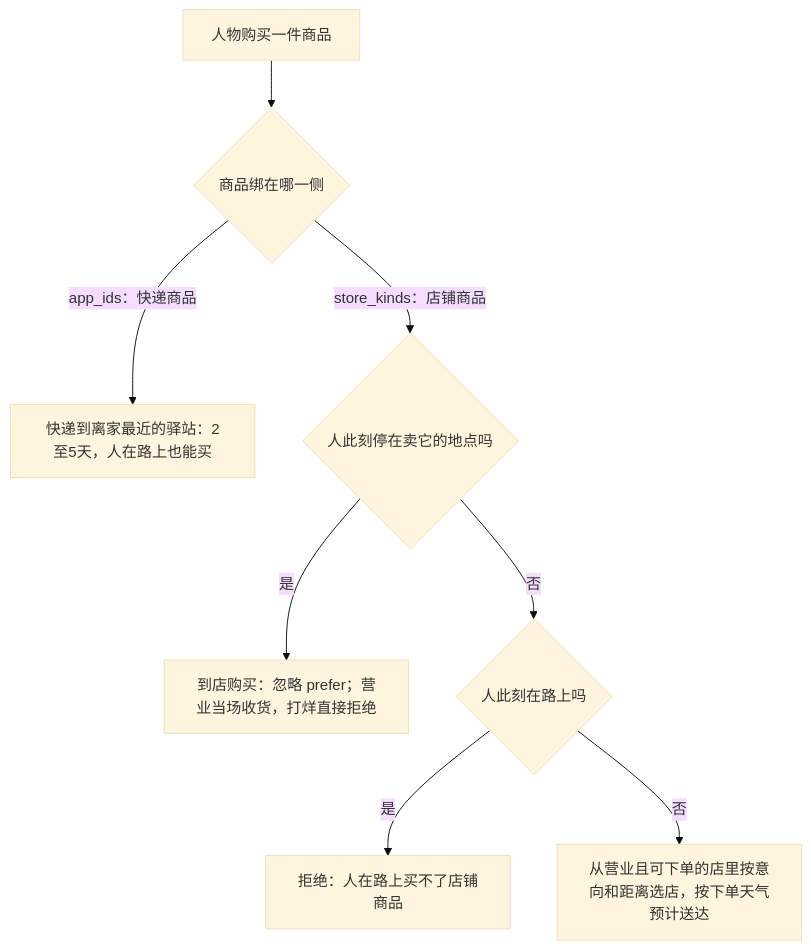
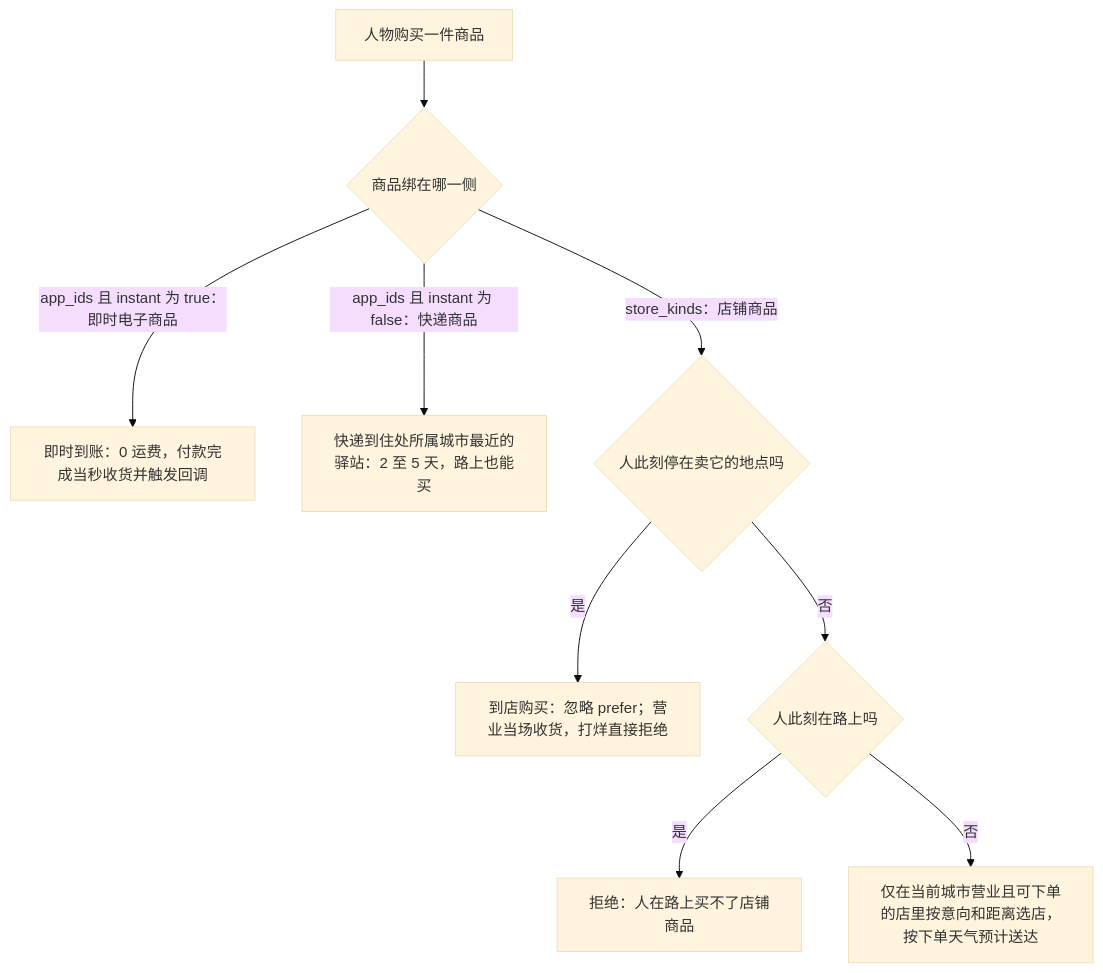
One commit to HoldThatThgt/WorldMock changed the fourth of 8 diagrams in docs/manual/resources.md. Above: the diagram before and after it, drawn with Mermaid (base theme). The commit also changed other lines of this file and 113 other files, not shown here.

````diff
--- a/docs/manual/resources.md
+++ b/docs/manual/resources.md
@@ -211,10 +232,11 @@
 ```mermaid
 flowchart TD
     Buy["人物购买一件商品"] --> Container{"商品绑在哪一侧"}
-    Container -->|"app_ids：快递商品"| Courier["快递到离家最近的驿站：2至5天，人在路上也能买"]
+    Container -->|"app_ids 且 instant 为 true：即时电子商品"| Instant["即时到账：0 运费，付款完成当秒收货并触发回调"]
+    Container -->|"app_ids 且 instant 为 false：快递商品"| Courier["快递到住处所属城市最近的驿站：2 至 5 天，路上也能买"]
     Container -->|"store_kinds：店铺商品"| AtShop{"人此刻停在卖它的地点吗"}
     AtShop -->|"是"| InStore["到店购买：忽略 prefer；营业当场收货，打烊直接拒绝"]
     AtShop -->|"否"| OnRoad{"人此刻在路上吗"}
     OnRoad -->|"是"| RejectRoad["拒绝：人在路上买不了店铺商品"]
-    OnRoad -->|"否"| Takeout["从营业且可下单的店里按意向和距离选店，按下单天气预计送达"]
+    OnRoad -->|"否"| Takeout["仅在当前城市营业且可下单的店里按意向和距离选店，按下单天气预计送达"]
 ```
````
